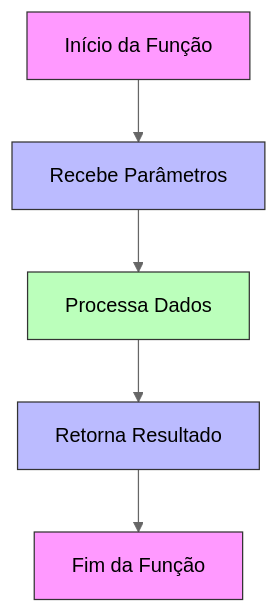
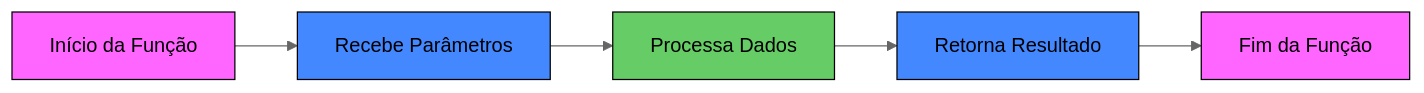
Before and after one commit to rgomide/linguagem-de-programacao-java-01: the second of 2 diagrams in 03-funcoes/README.md, drawn with Mermaid (neutral theme).

````diff
--- a/03-funcoes/README.md
+++ b/03-funcoes/README.md
@@ -39,13 +39,13 @@
 ```mermaid
-flowchart TB
+flowchart LR
     A[Início da Função] --> B[Recebe Parâmetros]
     B --> C[Processa Dados]
     C --> D[Retorna Resultado]
     D --> E[Fim da Função]
     
-    style A fill:#f9f,stroke:#333
-    style E fill:#f9f,stroke:#333
-    style B fill:#bbf,stroke:#333
-    style C fill:#bfb,stroke:#333
-    style D fill:#bbf,stroke:#333
+    style A fill:#ff66ff,stroke:#000,color:#000
+    style E fill:#ff66ff,stroke:#000,color:#000
+    style B fill:#4488ff,stroke:#000,color:#000
+    style C fill:#66cc66,stroke:#000,color:#000
+    style D fill:#4488ff,stroke:#000,color:#000
 ```
````
